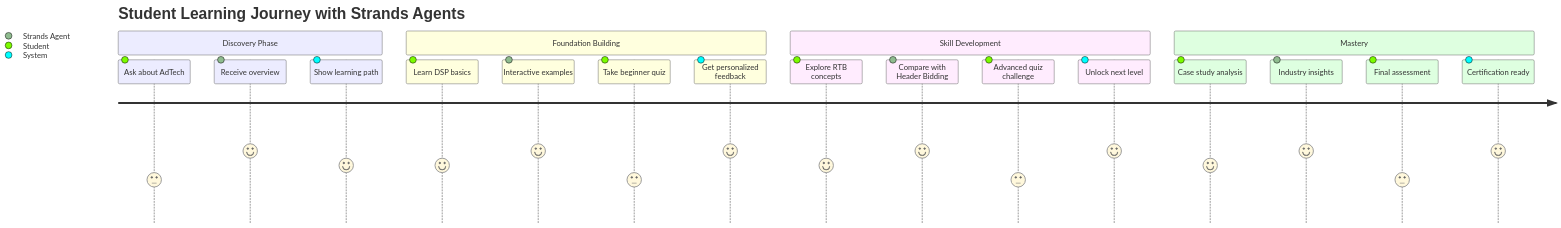
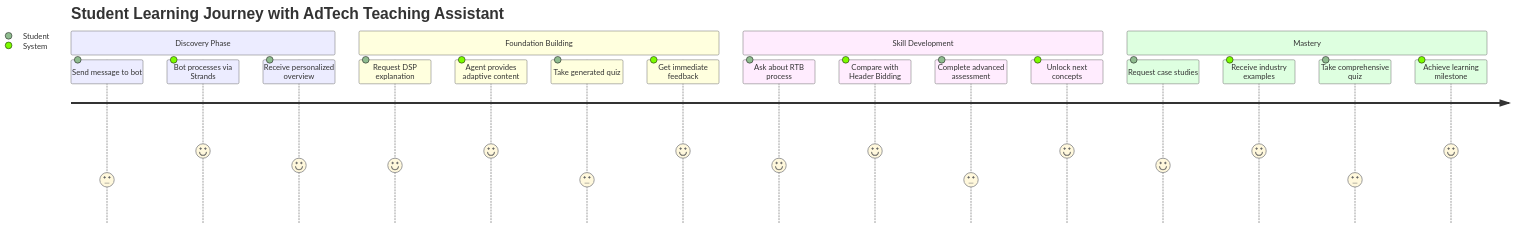
One commit to bkeelapudi/Adtech-tech-teaching-assistant changed the sixth of 14 diagrams in blog_post.md. Above: the diagram before and after it, drawn with Mermaid. The commit also changed other lines of this file, not shown here.

````diff
--- a/blog_post.md
+++ b/blog_post.md
@@ -236,27 +323,27 @@
 ```mermaid
 journey
-    title Student Learning Journey with Strands Agents
+    title Student Learning Journey with AdTech Teaching Assistant
     
     section Discovery Phase
-      Ask about AdTech: 3: Student
-      Receive overview: 5: Strands Agent
-      Show learning path: 4: System
+      Send message to bot: 3: Student
+      Bot processes via Strands: 5: System
+      Receive personalized overview: 4: Student
       
     section Foundation Building
-      Learn DSP basics: 4: Student
-      Interactive examples: 5: Strands Agent
-      Take beginner quiz: 3: Student
-      Get personalized feedback: 5: System
+      Request DSP explanation: 4: Student
+      Agent provides adaptive content: 5: System
+      Take generated quiz: 3: Student
+      Get immediate feedback: 5: System
       
     section Skill Development
-      Explore RTB concepts: 4: Student
-      Compare with Header Bidding: 5: Strands Agent
-      Advanced quiz challenge: 3: Student
-      Unlock next level: 5: System
+      Ask about RTB process: 4: Student
+      Compare with Header Bidding: 5: System
+      Complete advanced assessment: 3: Student
+      Unlock next concepts: 5: System
       
     section Mastery
-      Case study analysis: 4: Student
-      Industry insights: 5: Strands Agent
-      Final assessment: 3: Student
-      Certification ready: 5: System
+      Request case studies: 4: Student
+      Receive industry examples: 5: System
+      Take comprehensive quiz: 3: Student
+      Achieve learning milestone: 5: System
 ```
````
